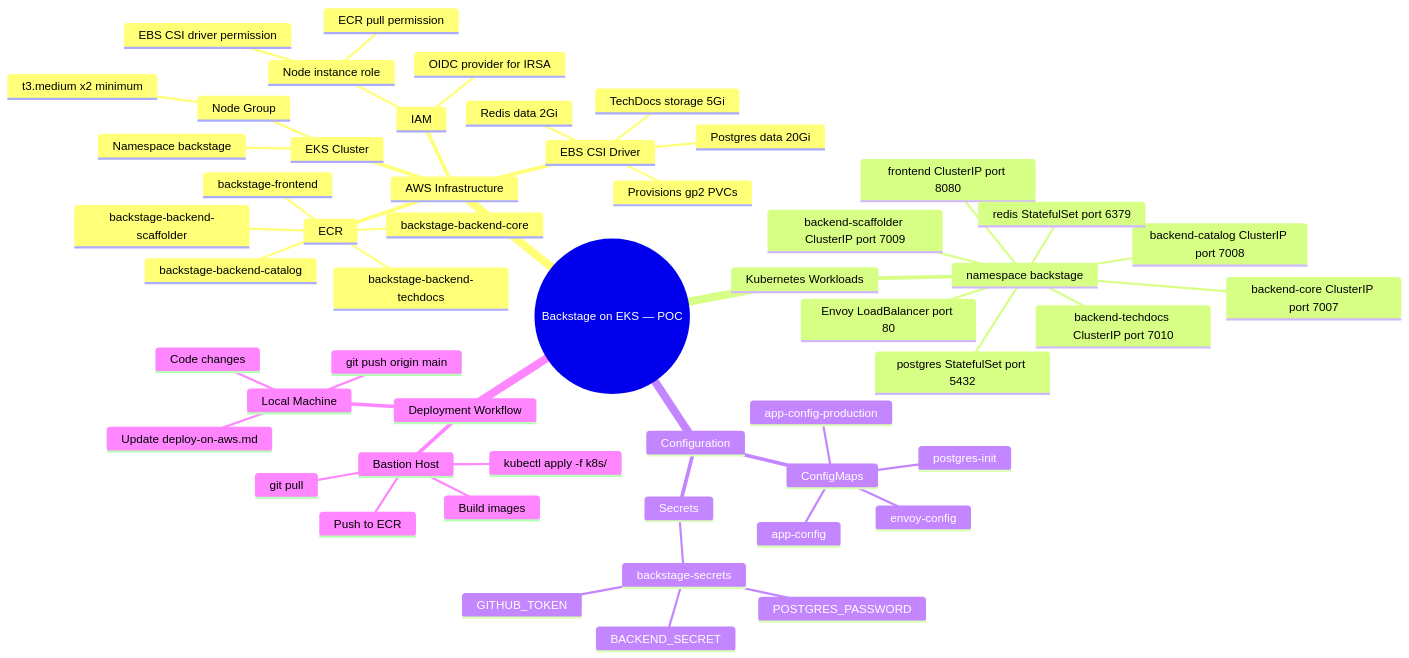
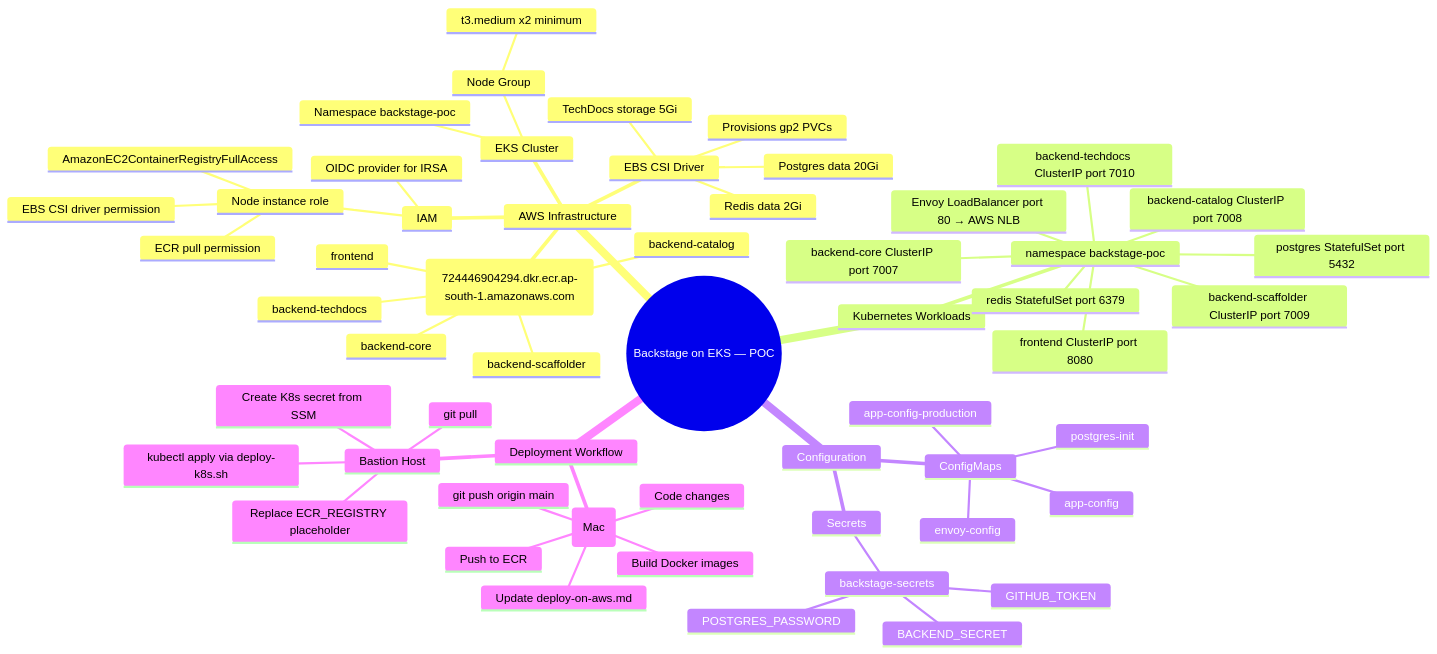
Before and after one commit to k3mahesh/backstage-micro-service: the diagram in deploy-on-aws.md, drawn with Mermaid. The commit also changed other lines of this file, not shown here.

````diff
--- a/deploy-on-aws.md
+++ b/deploy-on-aws.md
@@ -89,56 +88,59 @@
 ```mermaid
 mindmap
   root((Backstage on EKS — POC))
     AWS Infrastructure
       EKS Cluster
-        Namespace backstage
+        Namespace backstage-poc
         Node Group
           t3.medium x2 minimum
-      ECR
-        backstage-frontend
-        backstage-backend-core
-        backstage-backend-catalog
-        backstage-backend-scaffolder
-        backstage-backend-techdocs
+      ECR (724446904294.dkr.ecr.ap-south-1.amazonaws.com)
+        frontend
+        backend-core
+        backend-catalog
+        backend-scaffolder
+        backend-techdocs
       IAM
         Node instance role
           ECR pull permission
           EBS CSI driver permission
+          AmazonEC2ContainerRegistryFullAccess
         OIDC provider for IRSA
       EBS CSI Driver
         Provisions gp2 PVCs
         Postgres data 20Gi
         Redis data 2Gi
         TechDocs storage 5Gi
     Kubernetes Workloads
-      namespace backstage
-        Envoy LoadBalancer port 80
+      namespace backstage-poc
+        Envoy LoadBalancer port 80 → AWS NLB
         frontend ClusterIP port 8080
         backend-core ClusterIP port 7007
         backend-catalog ClusterIP port 7008
         backend-scaffolder ClusterIP port 7009
         backend-techdocs ClusterIP port 7010
         postgres StatefulSet port 5432
         redis StatefulSet port 6379
     Configuration
       ConfigMaps
         app-config
         app-config-production
         envoy-config
         postgres-init
       Secrets
         backstage-secrets
           BACKEND_SECRET
           GITHUB_TOKEN
           POSTGRES_PASSWORD
     Deployment Workflow
-      Local Machine
+      Local Machine (Mac)
         Code changes
+        Build Docker images
+        Push to ECR
         Update deploy-on-aws.md
         git push origin main
       Bastion Host
         git pull
-        Build images
-        Push to ECR
-        kubectl apply -f k8s/
+        Replace ECR_REGISTRY placeholder
+        Create K8s secret from SSM
+        kubectl apply via deploy-k8s.sh
 ```
````
